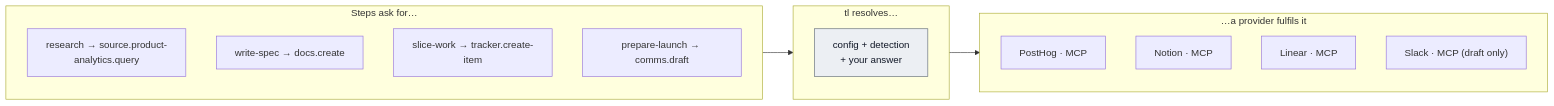
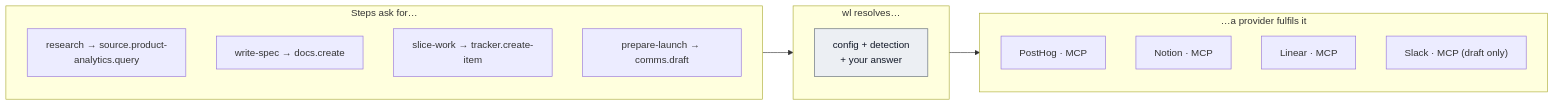
One commit to dreamingechoes/wholeloop changed the first of 2 diagrams in docs/configuration/providers.md. Above: the diagram before and after it, drawn with Mermaid. The commit also changed other lines of this file and 61 other files, not shown here.

````diff
--- a/docs/configuration/providers.md
+++ b/docs/configuration/providers.md
@@ -12,23 +12,23 @@
 ```mermaid
 flowchart LR
   subgraph S["Steps ask for…"]
     direction TB
     s1["research → source.product-analytics.query"]
     s2["write-spec → docs.create"]
     s3["slice-work → tracker.create-item"]
     s4["prepare-launch → comms.draft"]
   end
-  subgraph R["tl resolves…"]
+  subgraph R["wl resolves…"]
     direction TB
     r1["config + detection<br/>+ your answer"]:::core
   end
   subgraph P["…a provider fulfils it"]
     direction TB
     p1["PostHog · MCP"]
     p2["Notion · MCP"]
     p3["Linear · MCP"]
     p4["Slack · MCP (draft only)"]
   end
   S --> R --> P
   classDef core fill:#eceff3,stroke:#5b6573,color:#111827;
 ```
````
